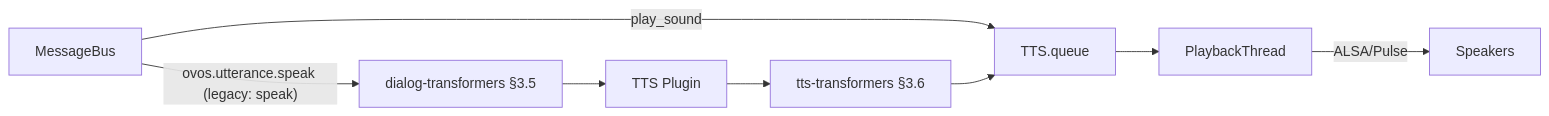
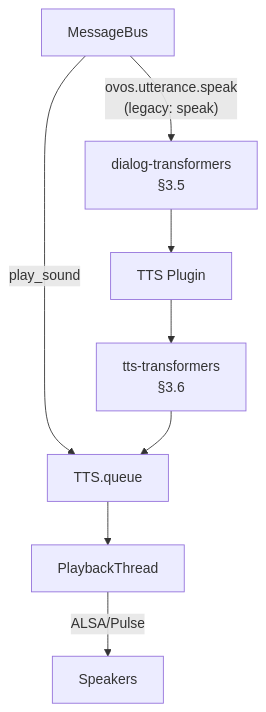
Before and after one commit to OpenVoiceOS/beta-technical-manual: the first of 2 diagrams in docs/audio-service.md, drawn with Mermaid. The commit also changed 19 other files, not shown here.

First line of the commit message:
docs: fit diagrams to the content column; arena live URL

````diff
--- a/docs/audio-service.md
+++ b/docs/audio-service.md
@@ -91,10 +91,10 @@
 ```mermaid
-flowchart LR
-    Bus[MessageBus] -->|"ovos.utterance.speak (legacy: speak)"| DXForm["dialog-transformers §3.5"]
+flowchart TD
+    Bus[MessageBus] -->|"ovos.utterance.speak<br/>(legacy: speak)"| DXForm["dialog-transformers<br/>§3.5"]
     DXForm --> TTS[TTS Plugin]
-    TTS --> TXForm["tts-transformers §3.6"]
+    TTS --> TXForm["tts-transformers<br/>§3.6"]
     Bus -->|play_sound| Queue[TTS.queue]
     TXForm --> Queue
     Queue --> Thread[PlaybackThread]
     Thread -->|ALSA/Pulse| Speakers[Speakers]
 ```
````
